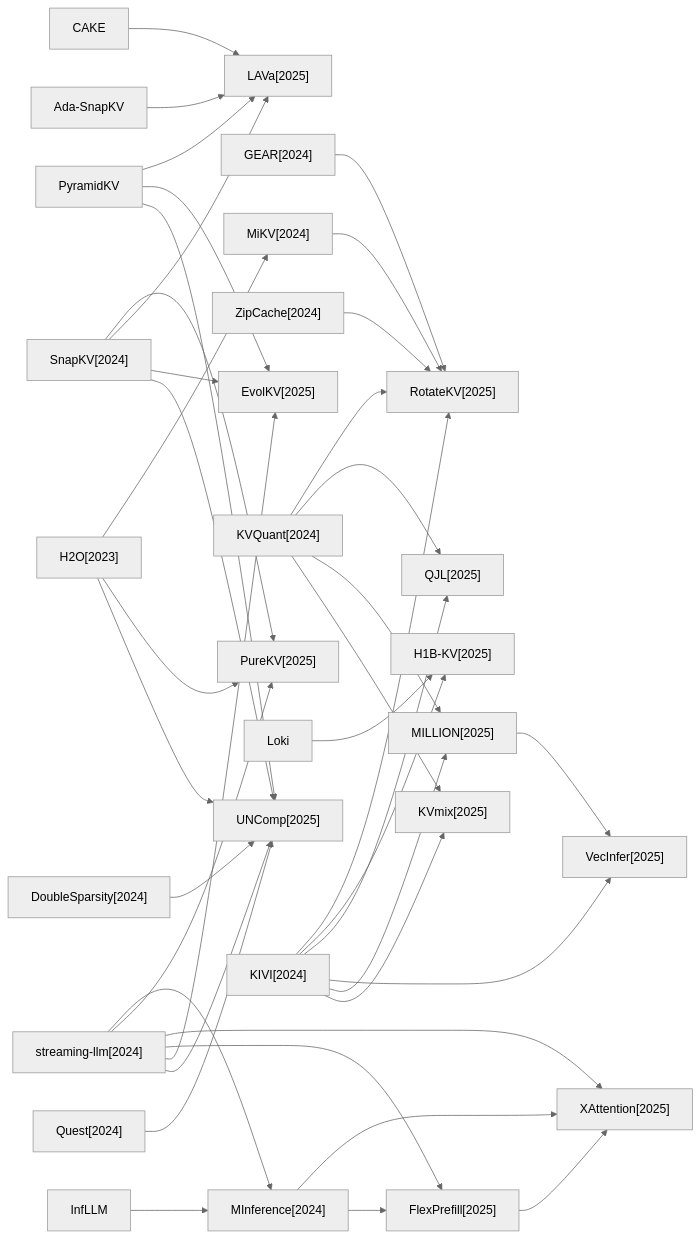
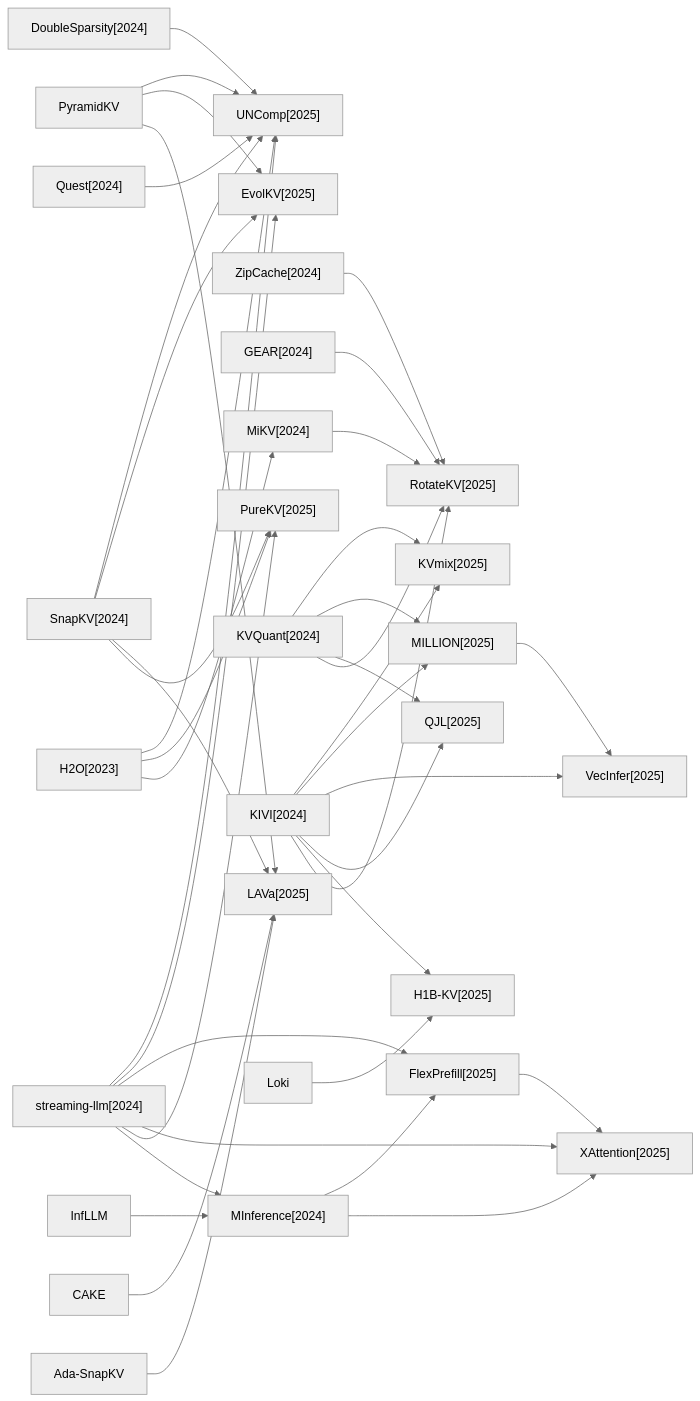
The fourth of 5 diagrams in docs/baseline_methods_graph.md (hustzxd/EfficientPaper), drawn with Mermaid (neutral theme) before and after one commit. The commit also changed other lines of this file and 3 other files, not shown here.

````diff
--- a/docs/baseline_methods_graph.md
+++ b/docs/baseline_methods_graph.md
@@ -57,70 +57,70 @@
 ```mermaid
 flowchart LR
+    2025_EvolKV["EvolKV[2025]"]
+    2025_MILLION["MILLION[2025]"]
+    2025_UNComp["UNComp[2025]"]
+    2024_ZipCache["ZipCache[2024]"]
+    2025_RotateKV["RotateKV[2025]"]
+    2024_GEAR["GEAR[2024]"]
+    2024_MiKV["MiKV[2024]"]
+    2025_XAttention["XAttention[2025]"]
+    CAKE["CAKE"]
+    2025_H1B_KV["H1B-KV[2025]"]
+    PyramidKV["PyramidKV"]
+    InfLLM["InfLLM"]
+    2025_PureKV["PureKV[2025]"]
+    2024_DoubleSparsity["DoubleSparsity[2024]"]
+    2024_KVQuant["KVQuant[2024]"]
+    2025_FlexPrefill["FlexPrefill[2025]"]
     2023_H2O["H2O[2023]"]
+    2024_KIVI["KIVI[2024]"]
+    2025_QJL["QJL[2025]"]
     Ada_SnapKV["Ada-SnapKV"]
+    2025_VecInfer["VecInfer[2025]"]
+    2025_LAVa["LAVa[2025]"]
     2024_SnapKV["SnapKV[2024]"]
-    2025_XAttention["XAttention[2025]"]
-    2025_LAVa["LAVa[2025]"]
-    2024_GEAR["GEAR[2024]"]
-    2025_PureKV["PureKV[2025]"]
-    CAKE["CAKE"]
-    2025_FlexPrefill["FlexPrefill[2025]"]
-    PyramidKV["PyramidKV"]
-    2025_H1B_KV["H1B-KV[2025]"]
+    2025_KVmix["KVmix[2025]"]
+    2024_streaming_llm["streaming-llm[2024]"]
+    2024_MInference["MInference[2024]"]
     2024_Quest["Quest[2024]"]
-    2024_ZipCache["ZipCache[2024]"]
-    2024_streaming_llm["streaming-llm[2024]"]
-    2025_EvolKV["EvolKV[2025]"]
-    2024_KVQuant["KVQuant[2024]"]
-    2024_MInference["MInference[2024]"]
-    2025_MILLION["MILLION[2025]"]
-    2025_VecInfer["VecInfer[2025]"]
-    InfLLM["InfLLM"]
-    2024_DoubleSparsity["DoubleSparsity[2024]"]
     Loki["Loki"]
-    2024_MiKV["MiKV[2024]"]
-    2025_KVmix["KVmix[2025]"]
-    2024_KIVI["KIVI[2024]"]
-    2025_RotateKV["RotateKV[2025]"]
-    2025_QJL["QJL[2025]"]
-    2025_UNComp["UNComp[2025]"]
+    2025_MILLION --> 2025_VecInfer
+    2024_ZipCache --> 2025_RotateKV
+    2024_GEAR --> 2025_RotateKV
+    2024_MiKV --> 2025_RotateKV
+    CAKE --> 2025_LAVa
+    PyramidKV --> 2025_UNComp
+    PyramidKV --> 2025_EvolKV
+    PyramidKV --> 2025_LAVa
+    InfLLM --> 2024_MInference
+    2024_DoubleSparsity --> 2025_UNComp
+    2024_KVQuant --> 2025_KVmix
+    2024_KVQuant --> 2025_MILLION
+    2024_KVQuant --> 2025_QJL
+    2024_KVQuant --> 2025_RotateKV
+    2025_FlexPrefill --> 2025_XAttention
     2023_H2O --> 2025_UNComp
     2023_H2O --> 2025_PureKV
     2023_H2O --> 2024_MiKV
+    2024_KIVI --> 2025_KVmix
+    2024_KIVI --> 2025_MILLION
+    2024_KIVI --> 2025_VecInfer
+    2024_KIVI --> 2025_QJL
+    2024_KIVI --> 2025_H1B_KV
+    2024_KIVI --> 2025_RotateKV
     Ada_SnapKV --> 2025_LAVa
     2024_SnapKV --> 2025_UNComp
     2024_SnapKV --> 2025_EvolKV
     2024_SnapKV --> 2025_LAVa
     2024_SnapKV --> 2025_PureKV
-    2024_GEAR --> 2025_RotateKV
-    CAKE --> 2025_LAVa
-    2025_FlexPrefill --> 2025_XAttention
-    PyramidKV --> 2025_UNComp
-    PyramidKV --> 2025_EvolKV
-    PyramidKV --> 2025_LAVa
-    2024_Quest --> 2025_UNComp
-    2024_ZipCache --> 2025_RotateKV
     2024_streaming_llm --> 2025_UNComp
     2024_streaming_llm --> 2025_EvolKV
     2024_streaming_llm --> 2025_FlexPrefill
     2024_streaming_llm --> 2025_XAttention
     2024_streaming_llm --> 2025_PureKV
     2024_streaming_llm --> 2024_MInference
-    2024_KVQuant --> 2025_KVmix
-    2024_KVQuant --> 2025_MILLION
-    2024_KVQuant --> 2025_QJL
-    2024_KVQuant --> 2025_RotateKV
     2024_MInference --> 2025_FlexPrefill
     2024_MInference --> 2025_XAttention
-    2025_MILLION --> 2025_VecInfer
-    InfLLM --> 2024_MInference
-    2024_DoubleSparsity --> 2025_UNComp
+    2024_Quest --> 2025_UNComp
     Loki --> 2025_H1B_KV
-    2024_MiKV --> 2025_RotateKV
-    2024_KIVI --> 2025_KVmix
-    2024_KIVI --> 2025_MILLION
-    2024_KIVI --> 2025_VecInfer
-    2024_KIVI --> 2025_QJL
-    2024_KIVI --> 2025_H1B_KV
-    2024_KIVI --> 2025_RotateKV
 ```
````
